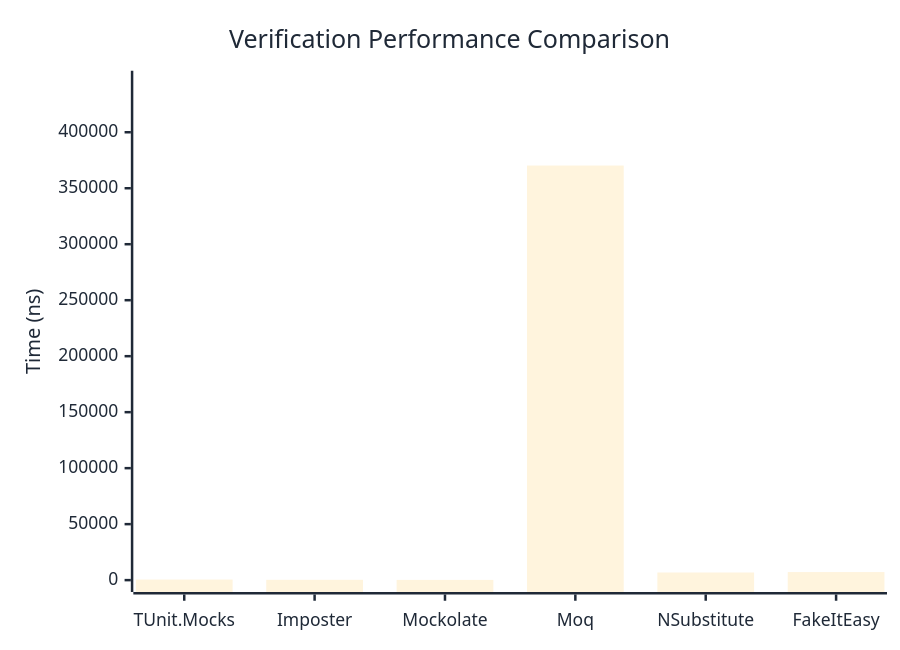
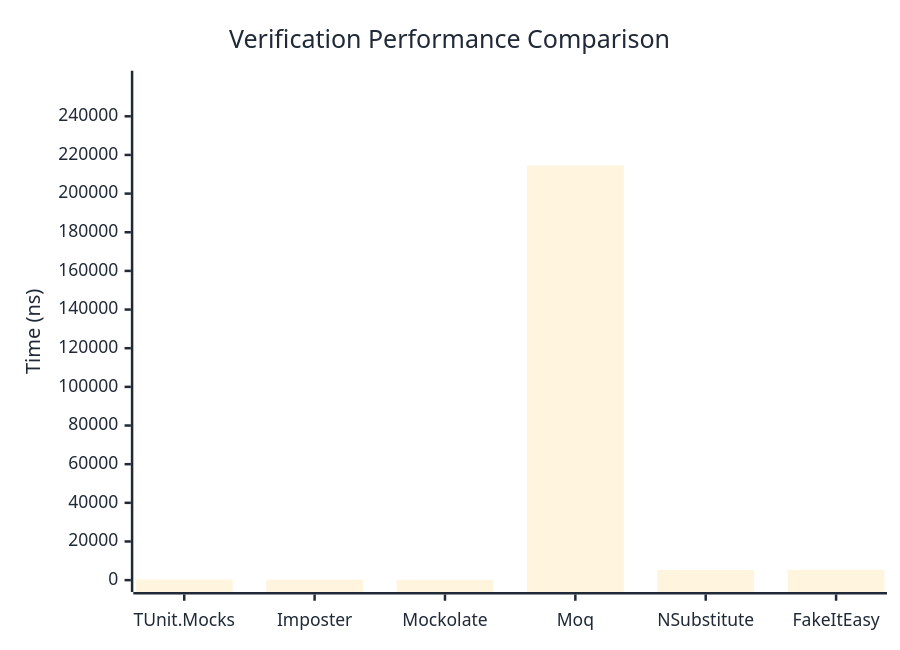
One commit to thomhurst/TUnit changed the first of 3 diagrams in docs/docs/benchmarks/mocks/Verification.md. Above: the diagram before and after it, drawn with Mermaid. The commit also changed other lines of this file and 14 other files, not shown here.

````diff
--- a/docs/docs/benchmarks/mocks/Verification.md
+++ b/docs/docs/benchmarks/mocks/Verification.md
@@ -30,27 +30,27 @@
 ```mermaid
 %%{init: {
   'theme':'base',
   'themeVariables': {
     'primaryColor': '#2563eb',
     'primaryTextColor': '#1f2937',
     'primaryBorderColor': '#1e40af',
     'lineColor': '#6b7280',
     'secondaryColor': '#7c3aed',
     'tertiaryColor': '#dc2626',
     'background': '#ffffff',
     'pie1': '#2563eb',
     'pie2': '#7c3aed',
     'pie3': '#dc2626',
     'pie4': '#f59e0b',
     'pie5': '#10b981',
     'pie6': '#06b6d4',
     'pie7': '#ec4899',
     'pie8': '#6366f1'
   }
 }}%%
 xychart-beta
   title "Verification Performance Comparison"
   x-axis ["TUnit.Mocks", "Imposter", "Mockolate", "Moq", "NSubstitute", "FakeItEasy"]
-  y-axis "Time (ns)" 0 --> 444317
-  bar [505.29, 281.49, 187.29, 370263.9, 6810.69, 7182.72]
+  y-axis "Time (ns)" 0 --> 257423
+  bar [327.49, 267.5, 148.38, 214518.48, 5263.41, 5339.65]
 ```
````
